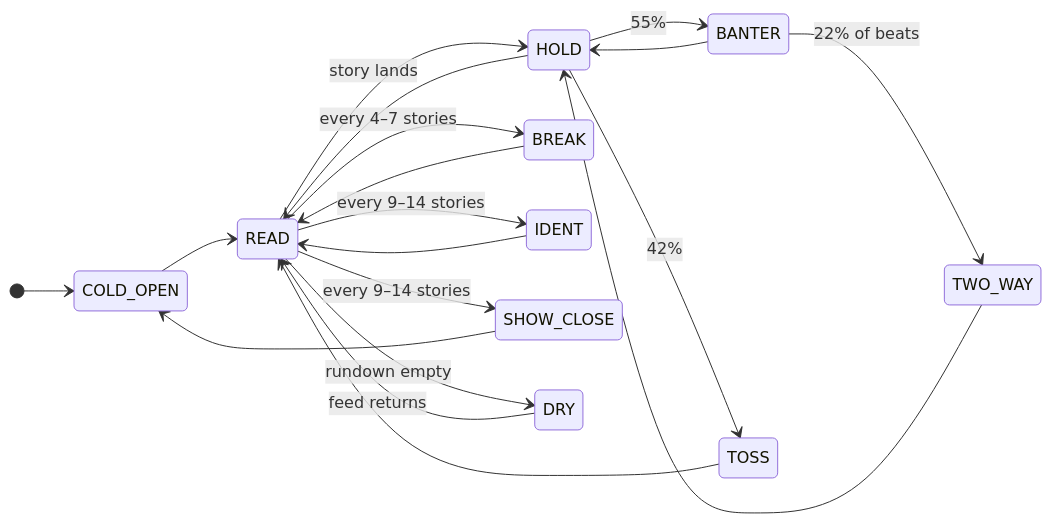
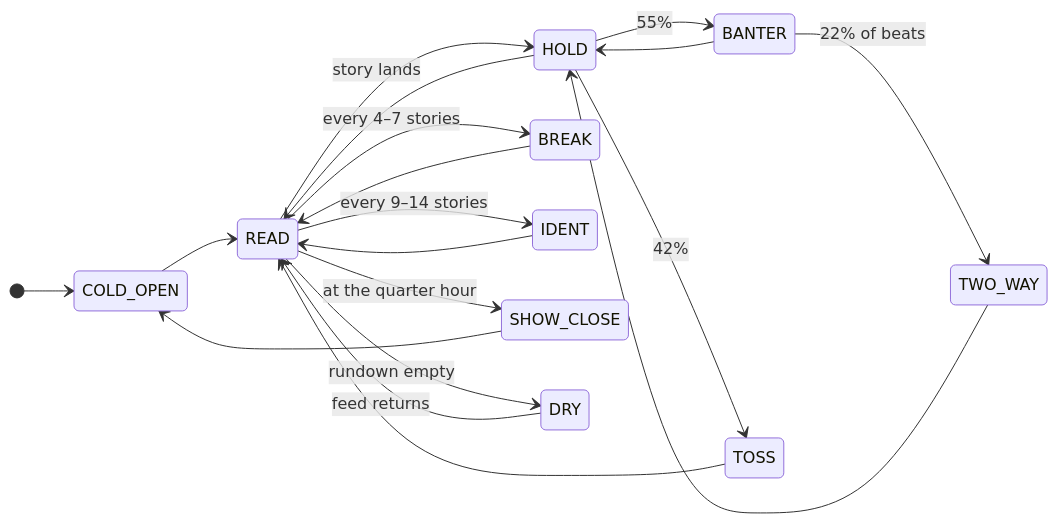
The diagram in README.md (Ekco-S64QTN6/GNN), drawn with Mermaid before and after one commit. The commit also changed other lines of this file and 11 other files, not shown here.

````diff
--- a/README.md
+++ b/README.md
@@ -183,22 +249,22 @@
 ```mermaid
 stateDiagram-v2
     direction LR
     [*] --> COLD_OPEN
     COLD_OPEN --> READ
     READ --> HOLD : story lands
     HOLD --> BANTER : 55%
     HOLD --> TOSS : 42%
     HOLD --> READ
     BANTER --> HOLD
     BANTER --> TWO_WAY : 22% of beats
     TWO_WAY --> HOLD
     TOSS --> READ
     READ --> BREAK : every 4–7 stories
     READ --> IDENT : every 9–14 stories
     BREAK --> READ
     IDENT --> READ
-    READ --> SHOW_CLOSE : every 9–14 stories
+    READ --> SHOW_CLOSE : at the quarter hour
     SHOW_CLOSE --> COLD_OPEN
     READ --> DRY : rundown empty
     DRY --> READ : feed returns
 ```
````
